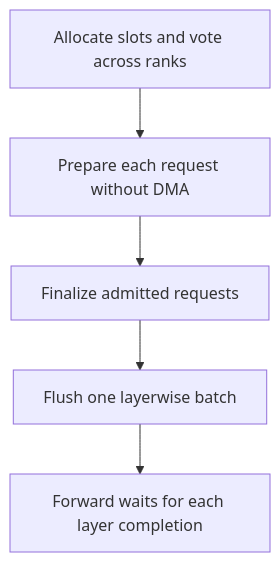
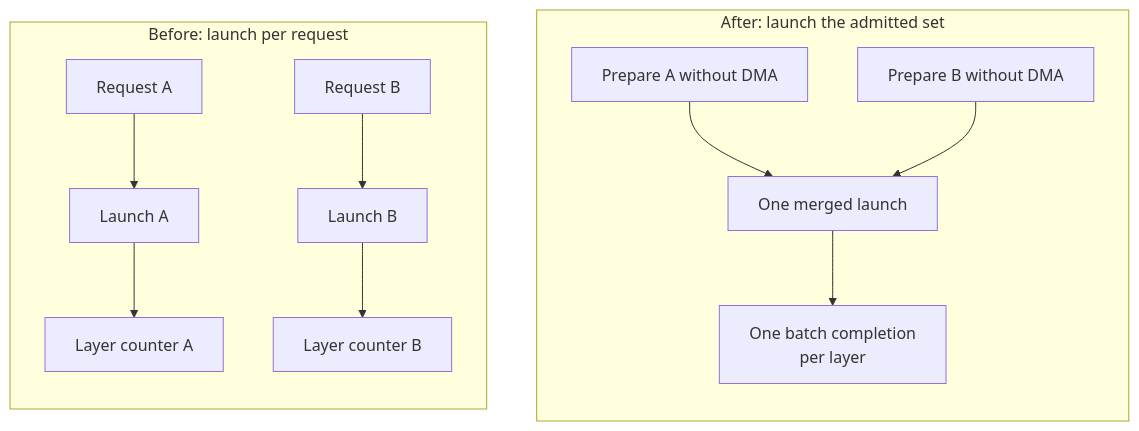
Before and after one commit to XingLiu1/sglang: the diagram in python/sglang/srt/mem_cache/storage/flexkv/README.md, drawn with Mermaid. The commit also changed other lines of this file, not shown here.

Commit message:
[doc] Illustrate admitted restore coalescing

````diff
--- a/python/sglang/srt/mem_cache/storage/flexkv/README.md
+++ b/python/sglang/srt/mem_cache/storage/flexkv/README.md
@@ -71,7 +71,15 @@
 ```mermaid
-flowchart TD
-    A[Allocate slots and vote across ranks] --> B[Prepare each request without DMA]
-    B --> C[Finalize admitted requests]
-    C --> D[Flush one layerwise batch]
-    D --> E[Forward waits for each layer completion]
+flowchart LR
+    subgraph Before[Before: launch per request]
+        direction TB
+        A[Request A] --> LA[Launch A] --> CA[Layer counter A]
+        B[Request B] --> LB[Launch B] --> CB[Layer counter B]
+    end
+    subgraph After[After: launch the admitted set]
+        direction TB
+        PA[Prepare A without DMA] --> M[One merged launch]
+        PB[Prepare B without DMA] --> M
+        M --> C[One batch completion<br/>per layer]
+    end
+    Before ~~~ After
 ```
````
